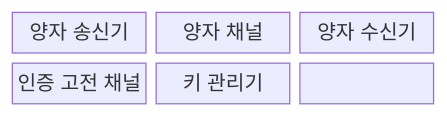
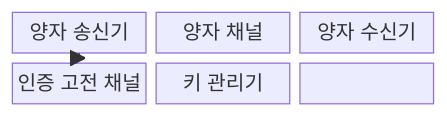
The first of 2 diagrams in src/content/docs/notes/04-network/100_quantum_key_distribution.md (agnusdei1207/knowledge-base), drawn with Mermaid before and after one commit. The commit also changed other lines of this file and 20 other files, not shown here.

````diff
--- a/src/content/docs/notes/04-network/100_quantum_key_distribution.md
+++ b/src/content/docs/notes/04-network/100_quantum_key_distribution.md
@@ -59,11 +65,12 @@
 ```mermaid
 block-beta
     columns 3
     A["양자 송신기"]
     B["양자 채널"]
     C["양자 수신기"]
     D["인증 고전 채널"]
     E["키 관리기"]
-    A --- B --- C
-    C --- D --- E
+    A --> B --> C
+    A --> D
+    C --> D --> E
 ```
````
